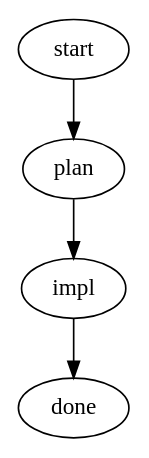
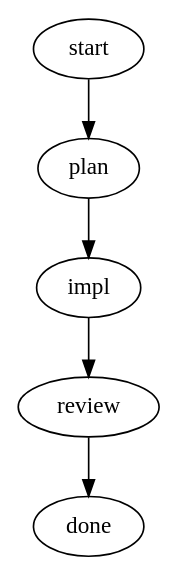
Before and after one commit to ravi-strongdm/attractor: the diagram in examples/multi_provider.dot, drawn with Graphviz. The commit also changed 7 other files, not shown here.

First line of the commit message:
feat: implement Sprint 005 — Google Gemini provider

```diff
--- a/examples/multi_provider.dot
+++ b/examples/multi_provider.dot
@@ -1,29 +1,34 @@
-// multi_provider.dot — two codergen nodes using different LLM providers
+// multi_provider.dot — three codergen nodes using all three LLM providers
 //
 // Flow:
-//   start → plan[anthropic] → implement[openai] → done
+//   start → plan[anthropic] → implement[openai] → review[gemini] → done
 //
-// The planning node uses Claude; the implementation node uses GPT-4o.
-// Per-node model selection is done via the `model` attribute.
-//
-// To run this pipeline both ANTHROPIC_API_KEY and OPENAI_API_KEY must be set.
+// Each node selects a different provider via the `model` attribute.
+// To run this pipeline ANTHROPIC_API_KEY, OPENAI_API_KEY, and GEMINI_API_KEY
+// must all be set.
 // `attractor lint` validates the graph structure without requiring API keys.
 digraph multi_provider {
     // ── Nodes ────────────────────────────────────────────────────────
     start [type=start]
 
     plan  [type=codergen,
            model="anthropic:claude-sonnet-4-6",
            prompt="Analyse the repository structure and write a concise plan for the feature: {{ .seed }}"]
 
     impl  [type=codergen,
            model="openai:gpt-4o",
            prompt="Implement the following plan in the current working directory.\n\nPlan:\n{{ .plan_output }}"]
 
+    review [type=codergen,
+            model="gemini:gemini-2.0-flash",
+            prompt="Review the implementation and summarise any issues.\n\nImplementation output:\n{{ .impl_output }}",
+            max_turns="3"]
+
     done  [type=exit]
 
     // ── Edges ────────────────────────────────────────────────────────
-    start -> plan
-    plan  -> impl
-    impl  -> done
+    start  -> plan
+    plan   -> impl
+    impl   -> review
+    review -> done
 }
```
